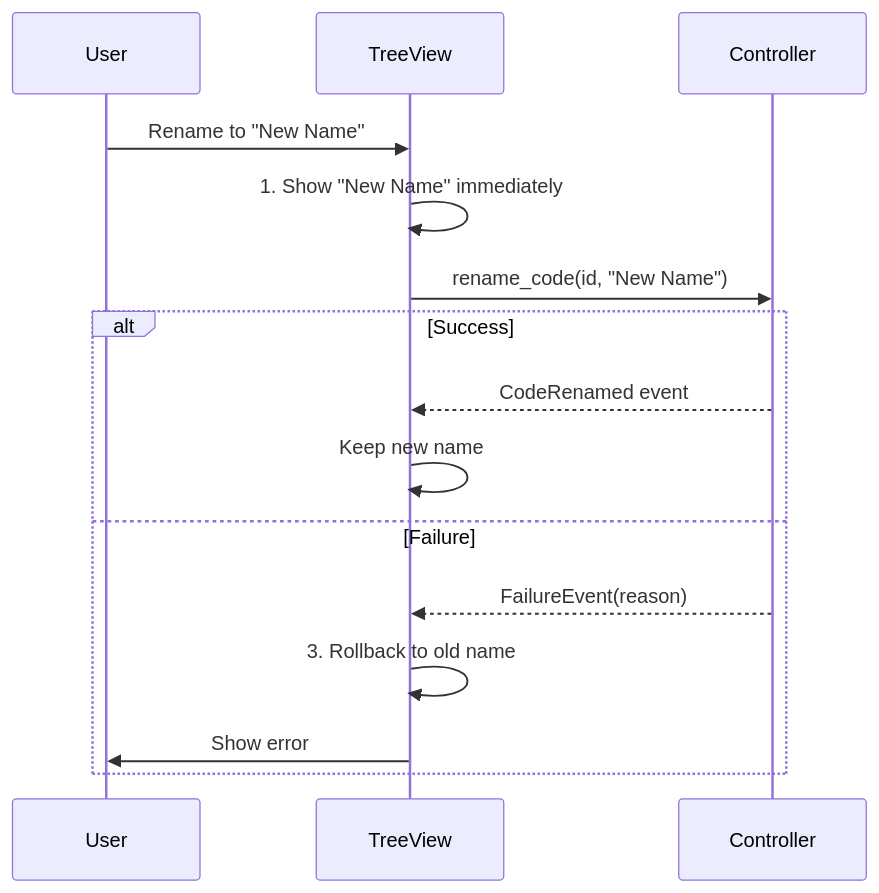
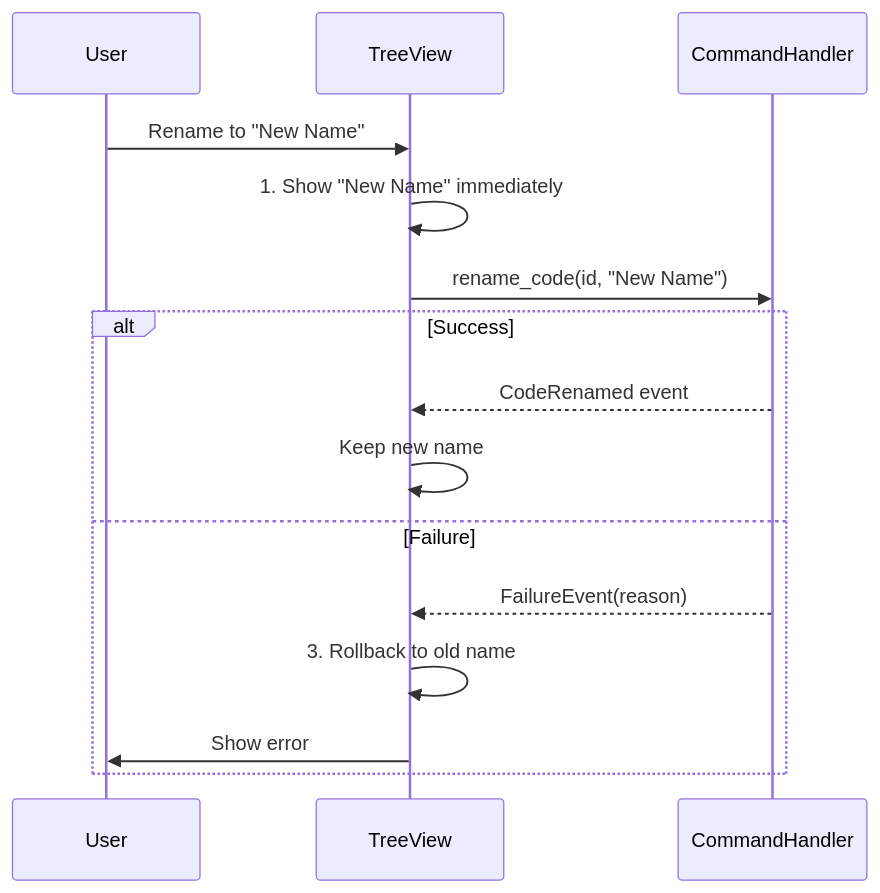
Before and after one commit to scope-impact/QualCoder-v2: the fourth of 5 diagrams in docs/tutorials/appendices/A-common-patterns.md, drawn with Mermaid. The commit also changed other lines of this file and 9 other files, not shown here.

First line of the commit message:
docs(tutorials): align with vertical slice architecture

````diff
--- a/docs/tutorials/appendices/A-common-patterns.md
+++ b/docs/tutorials/appendices/A-common-patterns.md
@@ -239,19 +239,19 @@
 ```mermaid
 sequenceDiagram
     participant U as User
     participant UI as TreeView
-    participant C as Controller
+    participant C as CommandHandler
 
     U->>UI: Rename to "New Name"
     UI->>UI: 1. Show "New Name" immediately
     UI->>C: rename_code(id, "New Name")
 
     alt Success
         C-->>UI: CodeRenamed event
         UI->>UI: Keep new name
     else Failure
         C-->>UI: FailureEvent(reason)
         UI->>UI: 3. Rollback to old name
         UI->>U: Show error
     end
 ```
````
